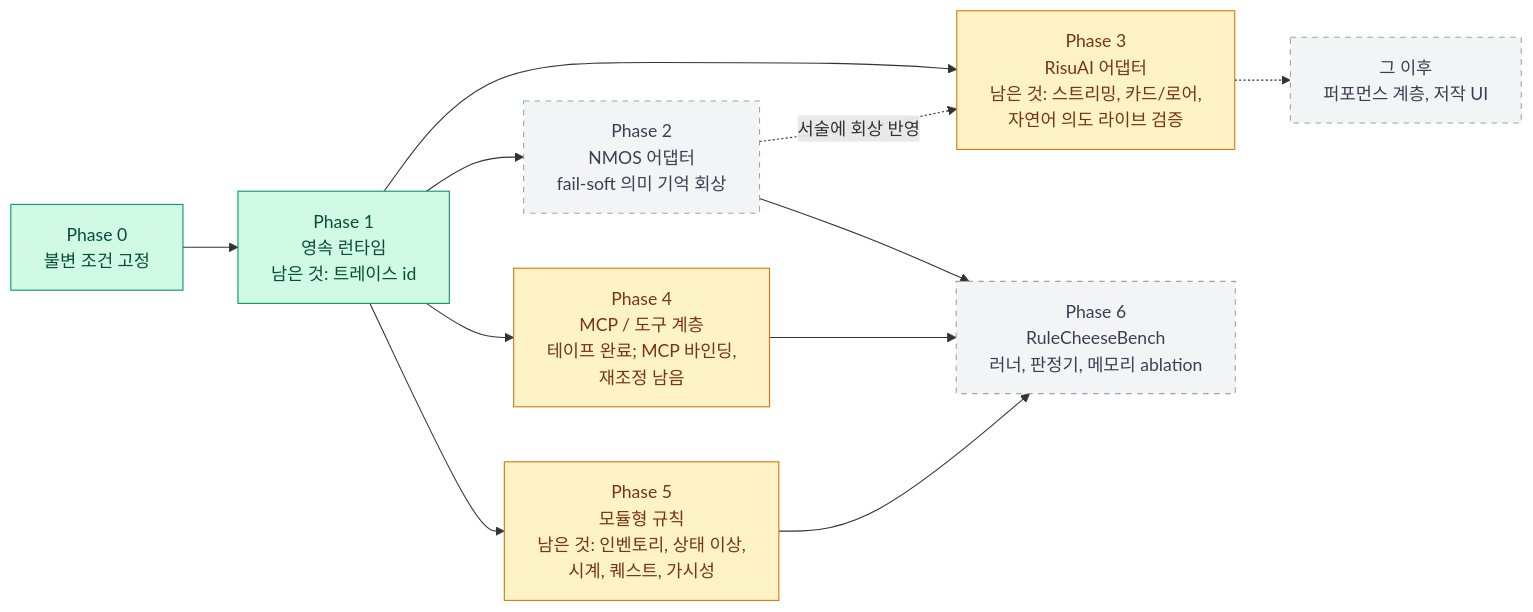
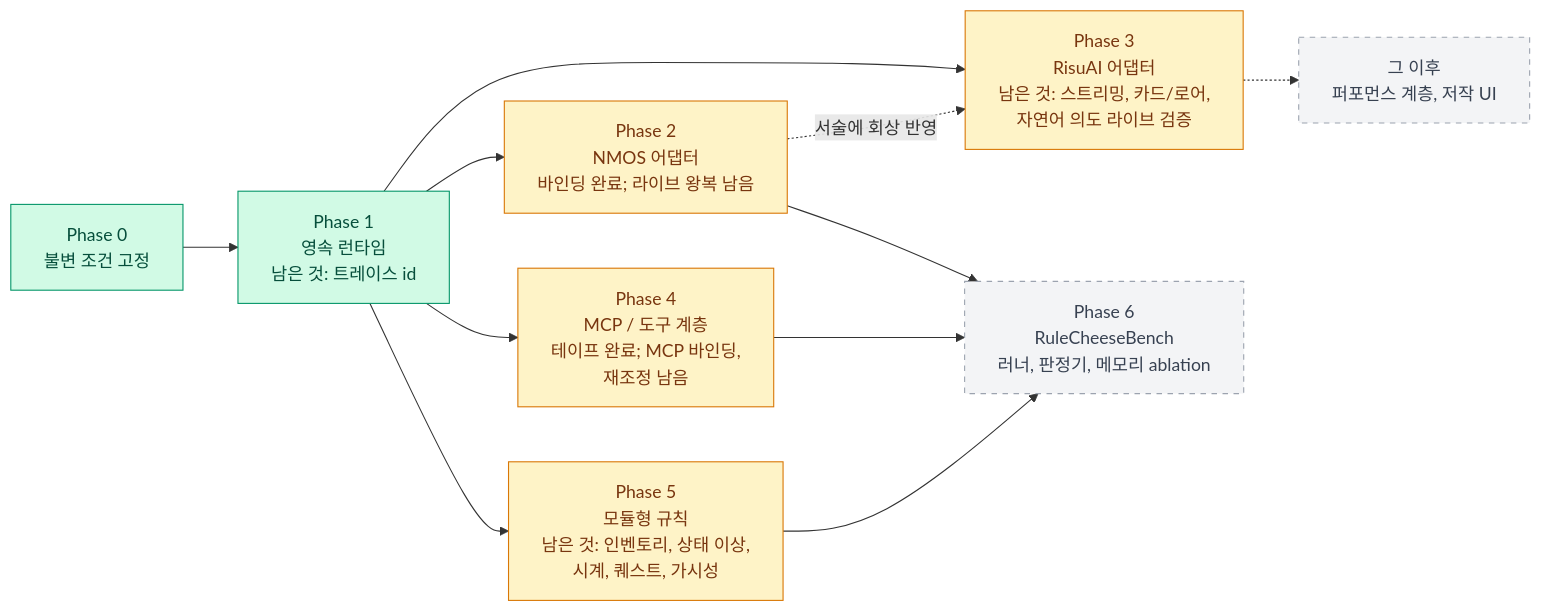
The second of 2 diagrams in README.ko.md (Sallos725/SAGA), drawn with Mermaid before and after one commit. The commit also changed other lines of this file and 14 other files, not shown here.

First line of the commit message:
feat: bind the NMOS sidecar behind MemoryPort, fail-soft

````diff
--- a/README.ko.md
+++ b/README.ko.md
@@ -96,21 +96,21 @@
 ```mermaid
 flowchart LR
     p0["Phase 0<br/>불변 조건 고정"]:::done
     p1["Phase 1<br/>영속 런타임<br/>남은 것: 트레이스 id"]:::done
-    p2["Phase 2<br/>NMOS 어댑터<br/>fail-soft 의미 기억 회상"]:::planned
+    p2["Phase 2<br/>NMOS 어댑터<br/>바인딩 완료; 라이브 왕복 남음"]:::partial
     p3["Phase 3<br/>RisuAI 어댑터<br/>남은 것: 스트리밍, 카드/로어,<br/>자연어 의도 라이브 검증"]:::partial
     p4["Phase 4<br/>MCP / 도구 계층<br/>테이프 완료; MCP 바인딩,<br/>재조정 남음"]:::partial
     p5["Phase 5<br/>모듈형 규칙<br/>남은 것: 인벤토리, 상태 이상,<br/>시계, 퀘스트, 가시성"]:::partial
     p6["Phase 6<br/>RuleCheeseBench<br/>러너, 판정기, 메모리 ablation"]:::planned
     later["그 이후<br/>퍼포먼스 계층, 저작 UI"]:::planned
 
     p0 --> p1
     p1 --> p2 & p3 & p4 & p5
     p2 -. "서술에 회상 반영" .-> p3
     p2 & p4 & p5 --> p6
     p3 -.-> later
 
     classDef done fill:#d1fae5,stroke:#059669,color:#064e3b
     classDef partial fill:#fef3c7,stroke:#d97706,color:#78350f
     classDef planned fill:#f3f4f6,stroke:#9ca3af,color:#374151,stroke-dasharray: 5 5
 ```
````
